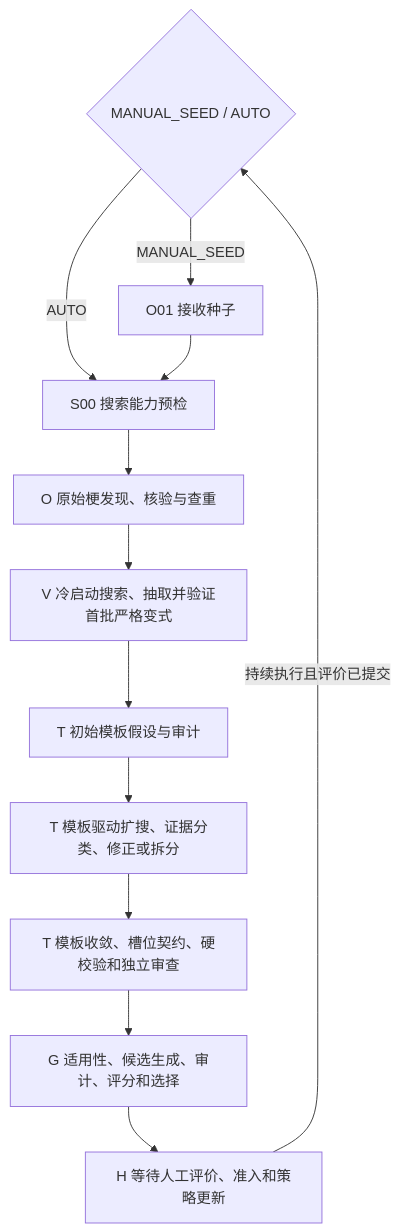
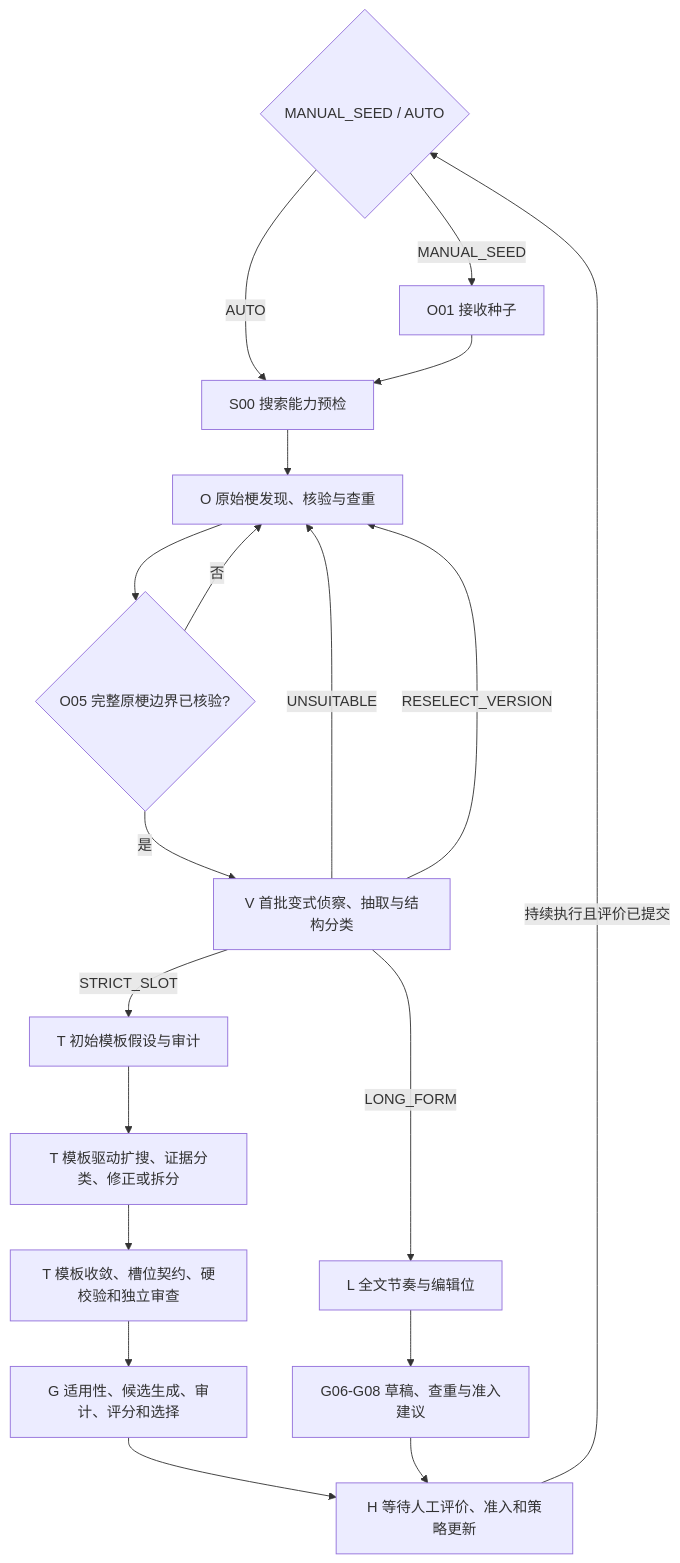
The diagram in references/workflow.md (justmonika1024-dev/aguent-skill), drawn with Mermaid before and after one commit. The commit also changed other lines of this file and 10 other files, not shown here.

````diff
--- a/references/workflow.md
+++ b/references/workflow.md
@@ -5,14 +7,21 @@
 ```mermaid
 flowchart TD
     A{MANUAL_SEED / AUTO} -->|AUTO| S[S00 搜索能力预检]
     S --> O[O 原始梗发现、核验与查重]
     A -->|MANUAL_SEED| O1[O01 接收种子]
     O1 --> S
-    O --> V[V 冷启动搜索、抽取并验证首批严格变式]
-    V --> T1[T 初始模板假设与审计]
+    O --> C{O05 完整原梗边界已核验?}
+    C -->|否| O
+    C -->|是| V[V 首批变式侦察、抽取与结构分类]
+    V -->|STRICT_SLOT| T1[T 初始模板假设与审计]
+    V -->|LONG_FORM| L[L 全文节奏与编辑位]
+    V -->|UNSUITABLE| O
+    V -->|RESELECT_VERSION| O
     T1 --> T2[T 模板驱动扩搜、证据分类、修正或拆分]
     T2 --> T3[T 模板收敛、槽位契约、硬校验和独立审查]
     T3 --> G[G 适用性、候选生成、审计、评分和选择]
+    L --> G6[G06-G08 草稿、查重与准入建议]
     G --> H[H 等待人工评价、准入和策略更新]
+    G6 --> H
     H -->|持续执行且评价已提交| A
 ```
````
